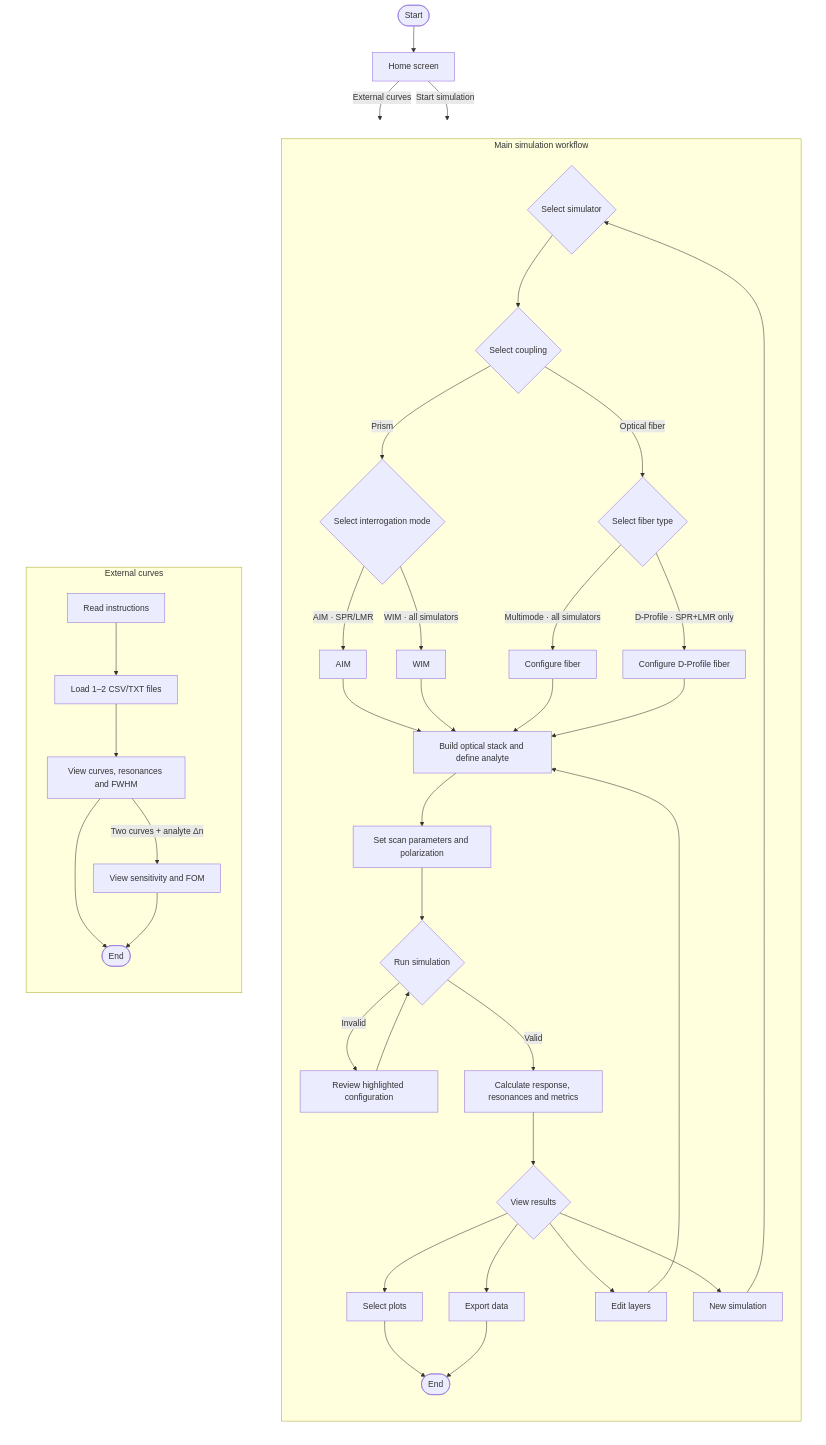
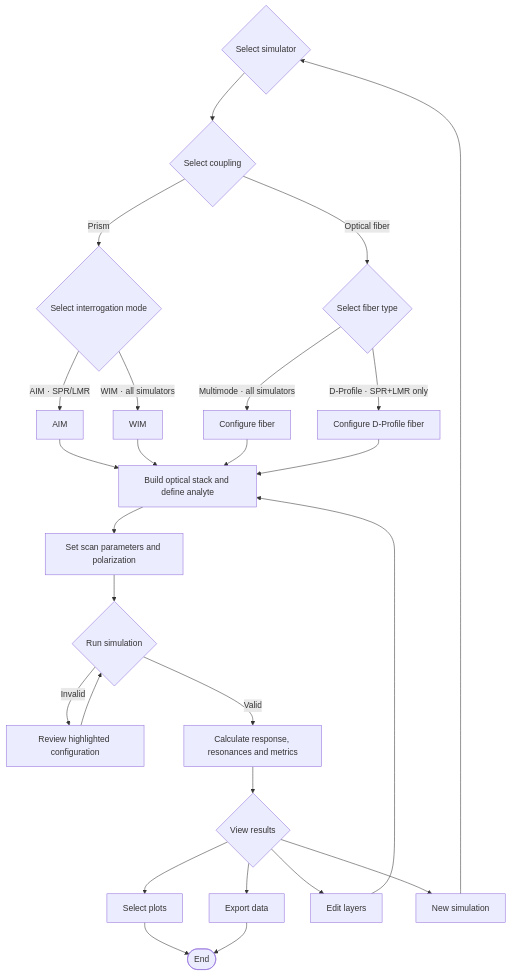
Before and after one commit to helderufcg/Sim-SPR-LMR: the diagram in README.md, drawn with Mermaid. The commit also changed other lines of this file and 145 other files, not shown here.

````diff
--- a/README.md
+++ b/README.md
@@ -60,66 +67,38 @@
 ```mermaid
 flowchart TB
-    start([Start]) --> home["Home screen"]
+    simulator{"Select simulator"}
+    simulator --> coupling{"Select coupling"}
 
-    subgraph FLOWS[" "]
-        direction LR
+    coupling -->|Prism| interrogation{"Select interrogation mode"}
+    coupling -->|Optical fiber| fiber_type{"Select fiber type"}
 
-        subgraph EXTERNAL["External curves"]
-            direction TB
+    interrogation -->|AIM · SPR/LMR| aim["AIM"]
+    interrogation -->|WIM · all simulators| wim["WIM"]
 
-            external["Read instructions"]
-            external --> load["Load 1–2 CSV/TXT files"]
-            load --> imported["View curves, resonances and FWHM"]
-            imported -->|Two curves + analyte Δn| external_metrics["View sensitivity and FOM"]
-            imported --> external_done([End])
-            external_metrics --> external_done
-        end
+    fiber_type -->|Multimode · all simulators| mmf["Configure fiber"]
+    fiber_type -->|D-Profile · SPR+LMR only| dfiber["Configure D-Profile fiber"]
 
-        subgraph MAIN["Main simulation workflow"]
-            direction TB
+    aim --> stack["Build optical stack and define analyte"]
+    wim --> stack
+    mmf --> stack
+    dfiber --> stack
 
-            simulator{"Select simulator"}
-            simulator --> coupling{"Select coupling"}
+    stack --> parameters["Set scan parameters and polarization"]
+    parameters --> run{"Run simulation"}
 
-            coupling -->|Prism| interrogation{"Select interrogation mode"}
-            coupling -->|Optical fiber| fiber_type{"Select fiber type"}
+    run -->|Invalid| review["Review highlighted configuration"]
+    review --> run
 
-            interrogation -->|AIM · SPR/LMR| aim["AIM"]
-            interrogation -->|WIM · all simulators| wim["WIM"]
+    run -->|Valid| processing["Calculate response, resonances and metrics"]
+    processing --> results{"View results"}
 
-            fiber_type -->|Multimode · all simulators| mmf["Configure fiber"]
-            fiber_type -->|D-Profile · SPR+LMR only| dfiber["Configure D-Profile fiber"]
+    results --> plots["Select plots"]
+    results --> export["Export data"]
+    results --> edit["Edit layers"]
+    results --> restart["New simulation"]
 
-            aim --> stack["Build optical stack and define analyte"]
-            wim --> stack
-            mmf --> stack
-            dfiber --> stack
-
-            stack --> parameters["Set scan parameters and polarization"]
-            parameters --> run{"Run simulation"}
-
-            run -->|Invalid| review["Review highlighted configuration"]
-            review --> run
-
-            run -->|Valid| processing["Calculate response, resonances and metrics"]
-            processing --> results{"View results"}
-
-            results --> plots["Select plots"]
-            results --> export["Export data"]
-            results --> edit["Edit layers"]
-            results --> restart["New simulation"]
-
-            edit --> stack
-            restart --> simulator
-            plots --> main_done([End])
-            export --> main_done
-        end
-    end
-
-    home -->|External curves| external
-    home -->|Start simulation| simulator
-
-    external ~~~ simulator
-
-    style FLOWS fill:none,stroke:none
+    edit --> stack
+    restart --> simulator
+    plots --> main_done([End])
+    export --> main_done
 ```
````
